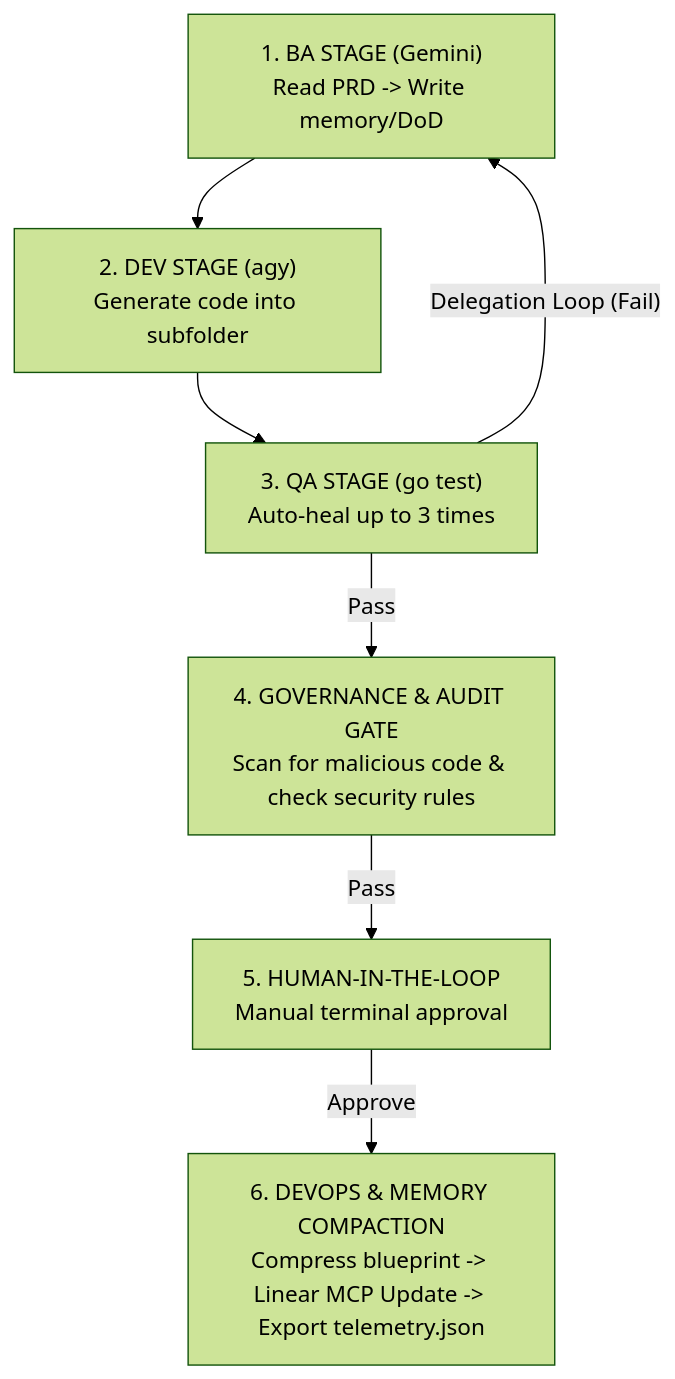
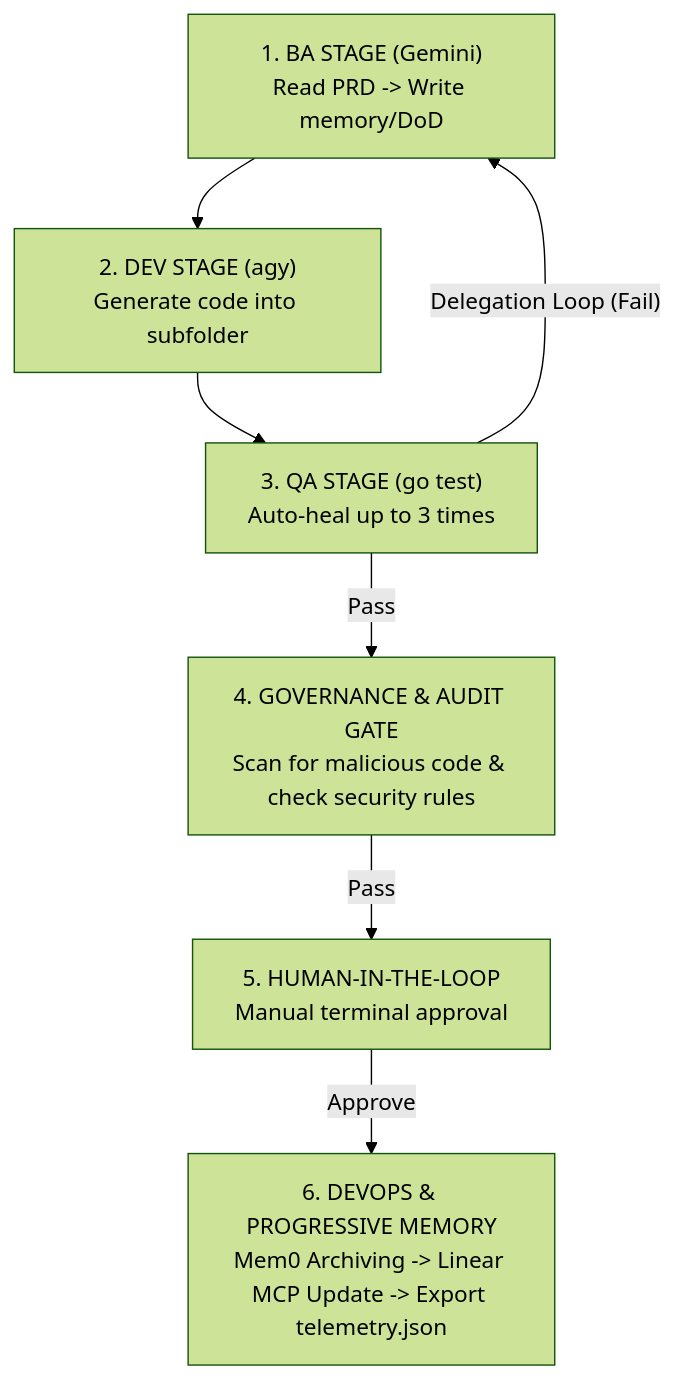
One commit to dothanhlam/harness-engineering changed the diagram in documentation/ebook/en/02_pipeline_architecture.md. Above: the diagram before and after it, drawn with Mermaid (forest theme). The commit also changed other lines of this file and 41 other files, not shown here.

````diff
--- a/documentation/ebook/en/02_pipeline_architecture.md
+++ b/documentation/ebook/en/02_pipeline_architecture.md
@@ -9,16 +9,16 @@
 ```mermaid
 flowchart TD
     BA["1. BA STAGE (Gemini)<br>Read PRD -> Write memory/DoD"]
     DEV["2. DEV STAGE (agy)<br>Generate code into subfolder"]
     QA["3. QA STAGE (go test)<br>Auto-heal up to 3 times"]
     AUDIT["4. GOVERNANCE & AUDIT GATE<br>Scan for malicious code & check security rules"]
     HITL["5. HUMAN-IN-THE-LOOP<br>Manual terminal approval"]
-    DEVOPS["6. DEVOPS & MEMORY COMPACTION<br>Compress blueprint -> Linear MCP Update -> Export telemetry.json"]
+    DEVOPS["6. DEVOPS & PROGRESSIVE MEMORY<br>Mem0 Archiving -> Linear MCP Update -> Export telemetry.json"]
 
     BA --> DEV
     DEV --> QA
     QA -- "Delegation Loop (Fail)" --> BA
     QA -- "Pass" --> AUDIT
     AUDIT -- "Pass" --> HITL
     HITL -- "Approve" --> DEVOPS
 ```
````
